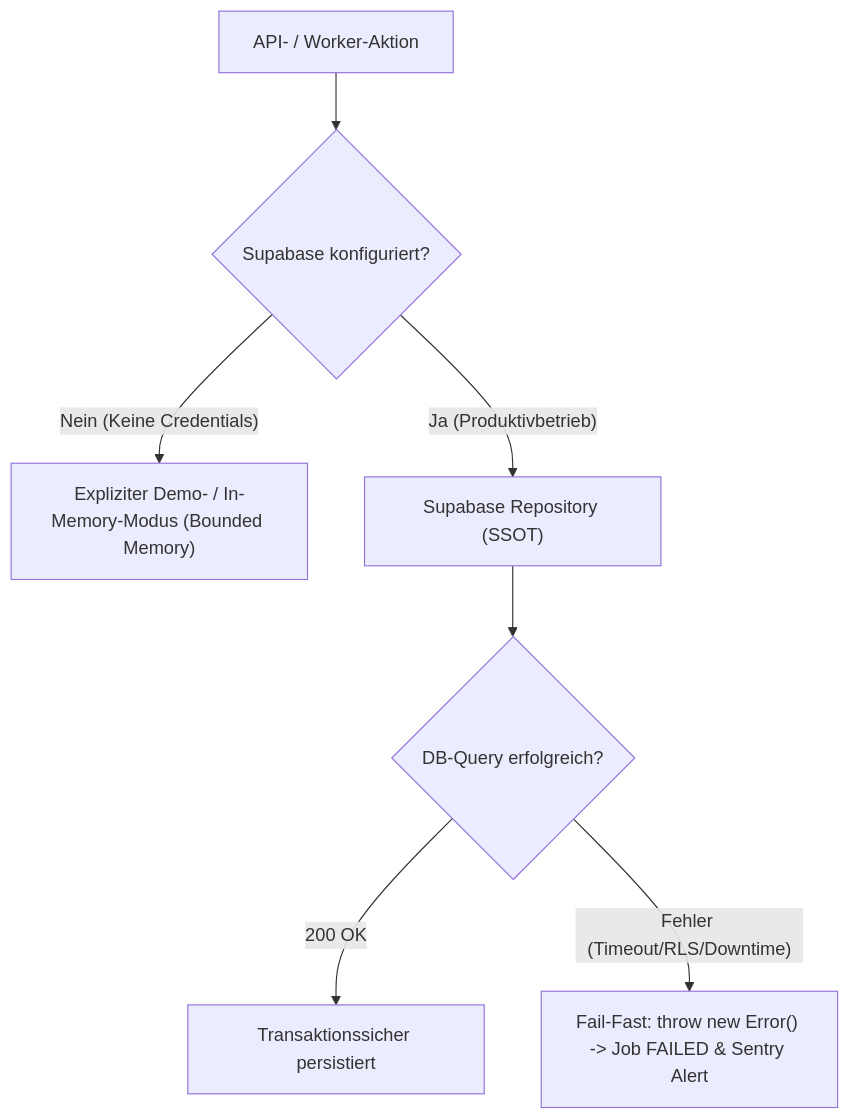
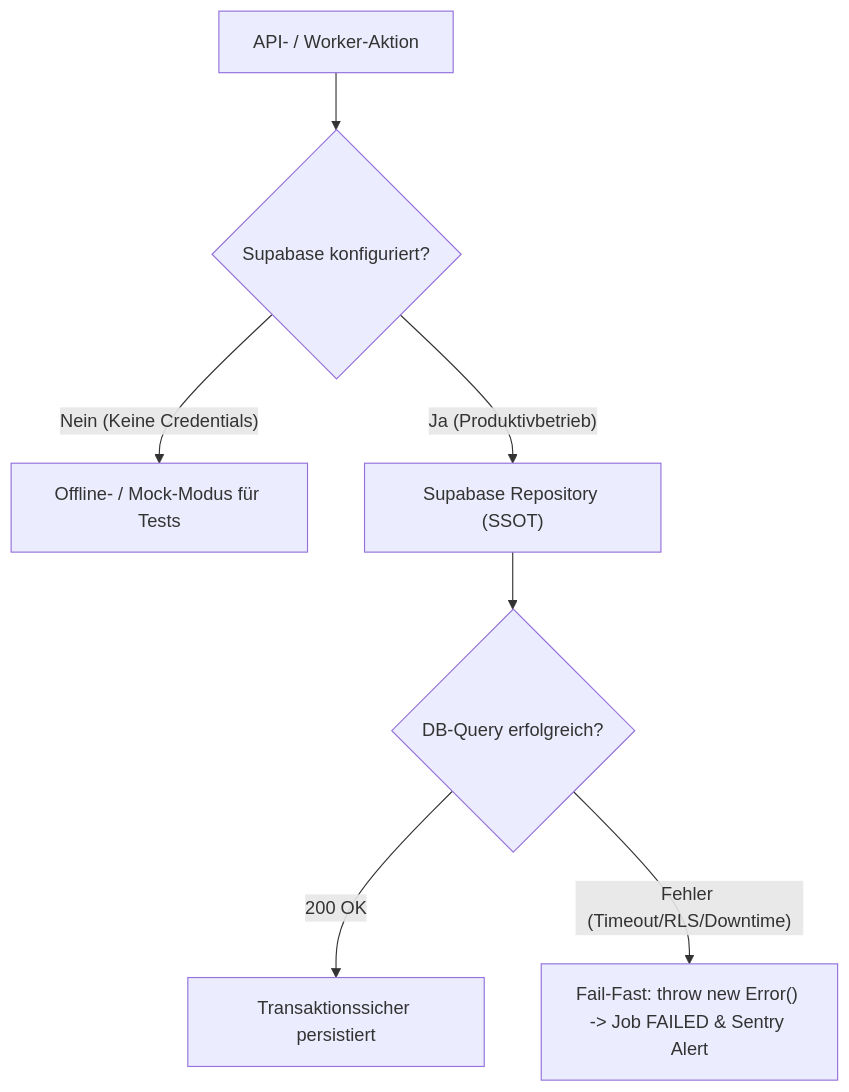
One commit to oguzbits/notar-agent changed diagram 11 of 16 in ARCHITECTURE_ROADMAP_ADDITIONS.md. Above: the diagram before and after it, drawn with Mermaid. The commit also changed other lines of this file and 9 other files, not shown here.

````diff
--- a/ARCHITECTURE_ROADMAP_ADDITIONS.md
+++ b/ARCHITECTURE_ROADMAP_ADDITIONS.md
@@ -412,9 +412,9 @@
 ```mermaid
 graph TD
     A["API- / Worker-Aktion"] --> B{"Supabase konfiguriert?"}
-    B -->|"Nein (Keine Credentials)"| C["Expliziter Demo- / In-Memory-Modus (Bounded Memory)"]
+    B -->|"Nein (Keine Credentials)"| C["Offline- / Mock-Modus für Tests"]
     B -->|"Ja (Produktivbetrieb)"| D["Supabase Repository (SSOT)"]
     D --> E{"DB-Query erfolgreich?"}
     E -->|"200 OK"| F["Transaktionssicher persistiert"]
     E -->|"Fehler (Timeout/RLS/Downtime)"| G["Fail-Fast: throw new Error() -> Job FAILED & Sentry Alert"]
 ```
````
